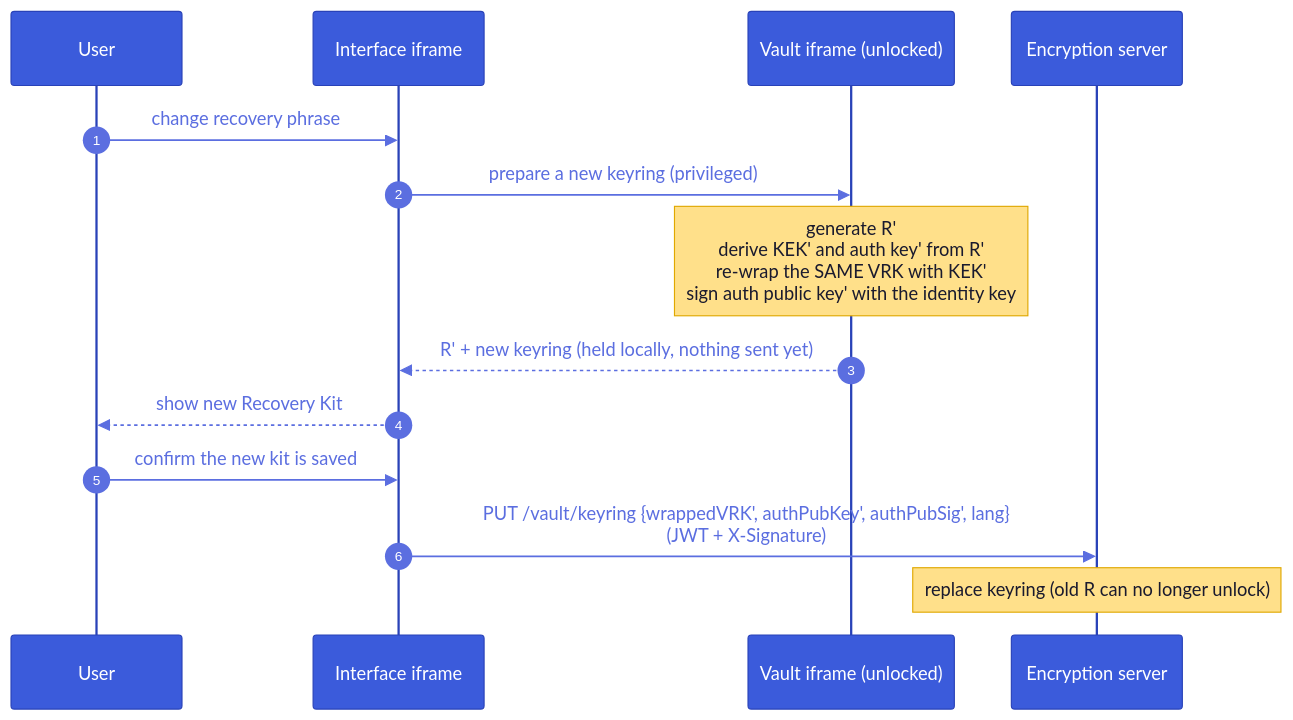
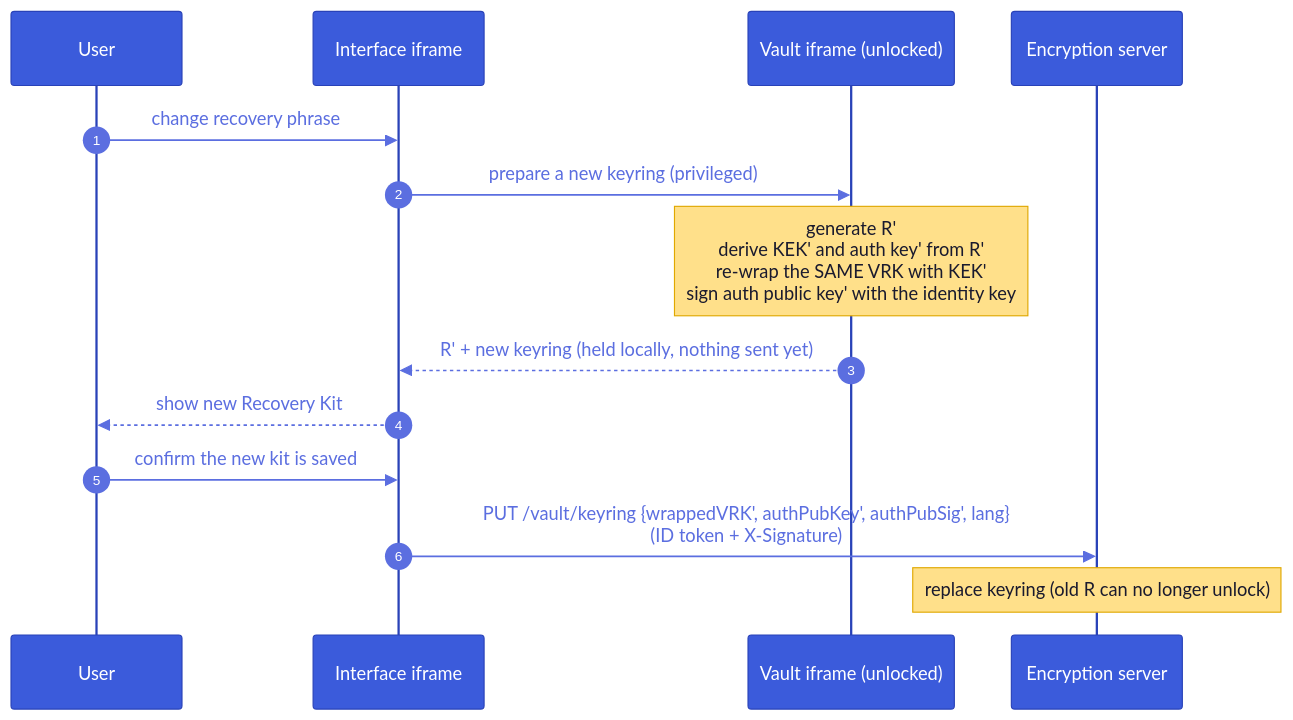
One commit to suitenumerique/encryption changed diagram 16 of 24 in architecture.md. Above: the diagram before and after it, drawn with Mermaid. The commit also changed other lines of this file and 118 other files, not shown here.

Commit message:
feat(auth): run the oidc login on the server as a confidential client and authenticate the interface with the id token + step-up for identity replacement

````diff
--- a/architecture.md
+++ b/architecture.md
@@ -1205,17 +1224,17 @@
 ```mermaid
 %%{init: {'theme':'base','look':'classic','themeVariables':{'actorBkg':'#3b5bdb','actorTextColor':'#fff','actorBorder':'#2942b8','signalColor':'#5b6ee0','signalTextColor':'#5b6ee0','noteBkgColor':'#ffe08a','noteTextColor':'#1a1a2e','noteBorderColor':'#e0a800','sequenceNumberColor':'#fff'}}}%%
 sequenceDiagram
   autonumber
   participant U as User
   participant UI as Interface iframe
   participant V as Vault iframe (unlocked)
   participant API as Encryption server
   U->>UI: change recovery phrase
   UI->>V: prepare a new keyring (privileged)
   Note over V: generate R'<br/>derive KEK' and auth key' from R'<br/>re-wrap the SAME VRK with KEK'<br/>sign auth public key' with the identity key
   V-->>UI: R' + new keyring (held locally, nothing sent yet)
   UI-->>U: show new Recovery Kit
   U->>UI: confirm the new kit is saved
-  UI->>API: PUT /vault/keyring {wrappedVRK', authPubKey', authPubSig', lang}<br/>(JWT + X-Signature)
+  UI->>API: PUT /vault/keyring {wrappedVRK', authPubKey', authPubSig', lang}<br/>(ID token + X-Signature)
   Note over API: replace keyring (old R can no longer unlock)
 ```
````
